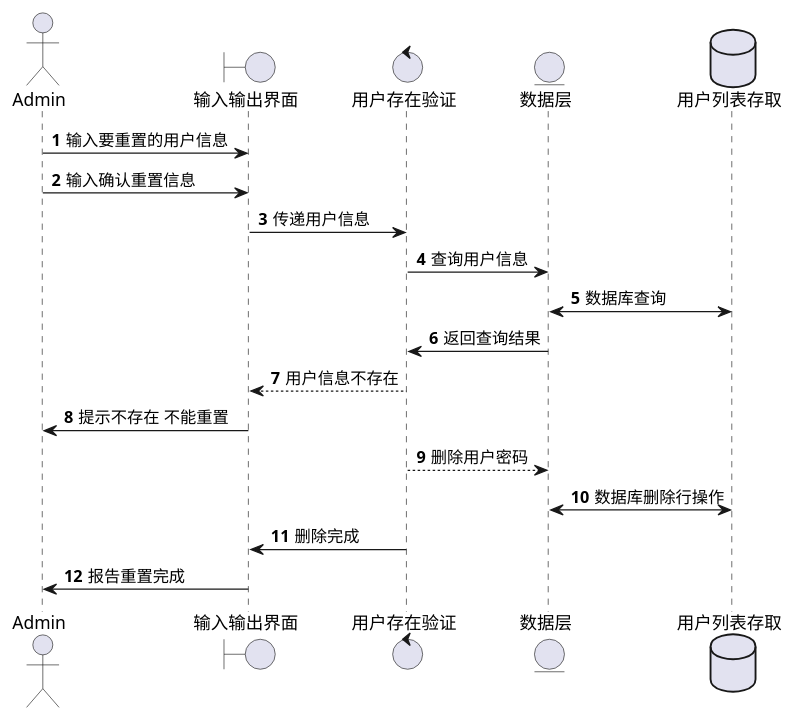
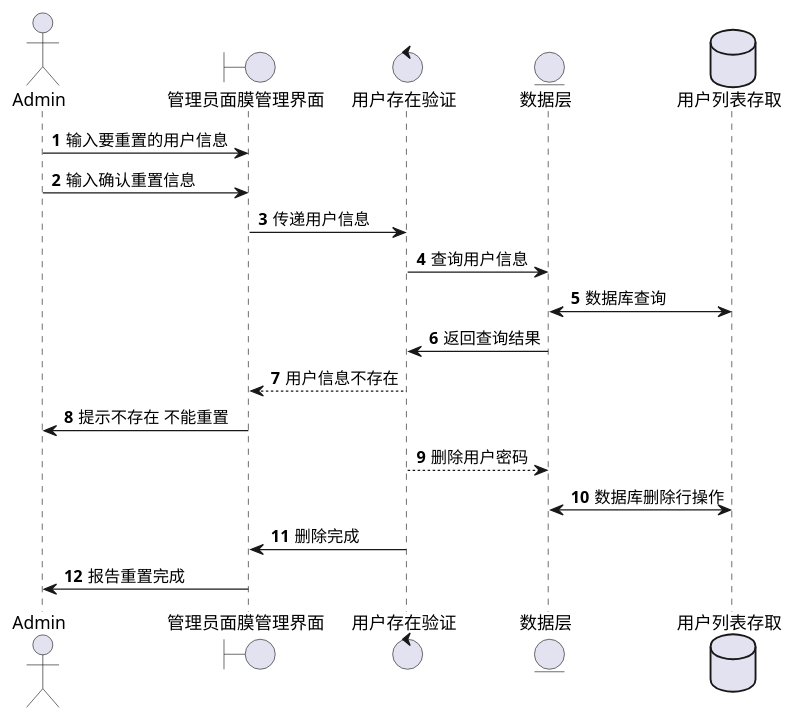
One commit to DaTouJun/ISETrain2023_BackEnd changed the diagram in requirementsAnalysis/顺序图/管理员功能顺序图/密码管理顺序图/重置客户密码.puml. Above: the diagram before and after it, drawn with PlantUML. The commit also changed 23 other files, not shown here.

Commit message:
完成了客户操作的顺序图

```diff
--- a/requirementsAnalysis/顺序图/管理员功能顺序图/密码管理顺序图/重置客户密码.puml
+++ b/requirementsAnalysis/顺序图/管理员功能顺序图/密码管理顺序图/重置客户密码.puml
@@ -1,26 +1,26 @@
 @startuml
 'https://plantuml.com/sequence-diagram
 
 autonumber
 
 actor Admin
-boundary 输入输出界面 as inout
+boundary 管理员面膜管理界面 as inout
 control 用户存在验证 as validation
 entity 数据层 as dao
 database 用户列表存取 as db
 
 Admin -> inout : 输入要重置的用户信息
 Admin -> inout : 输入确认重置信息
 inout -> validation : 传递用户信息
 validation -> dao : 查询用户信息
 dao <-> db : 数据库查询
 dao -> validation : 返回查询结果
 validation --> inout : 用户信息不存在
 inout -> Admin :  提示不存在 不能重置
 validation --> dao : 删除用户密码
 dao <-> db : 数据库删除行操作
 validation -> inout : 删除完成
 inout -> Admin : 报告重置完成
 
 
 @enduml
```
